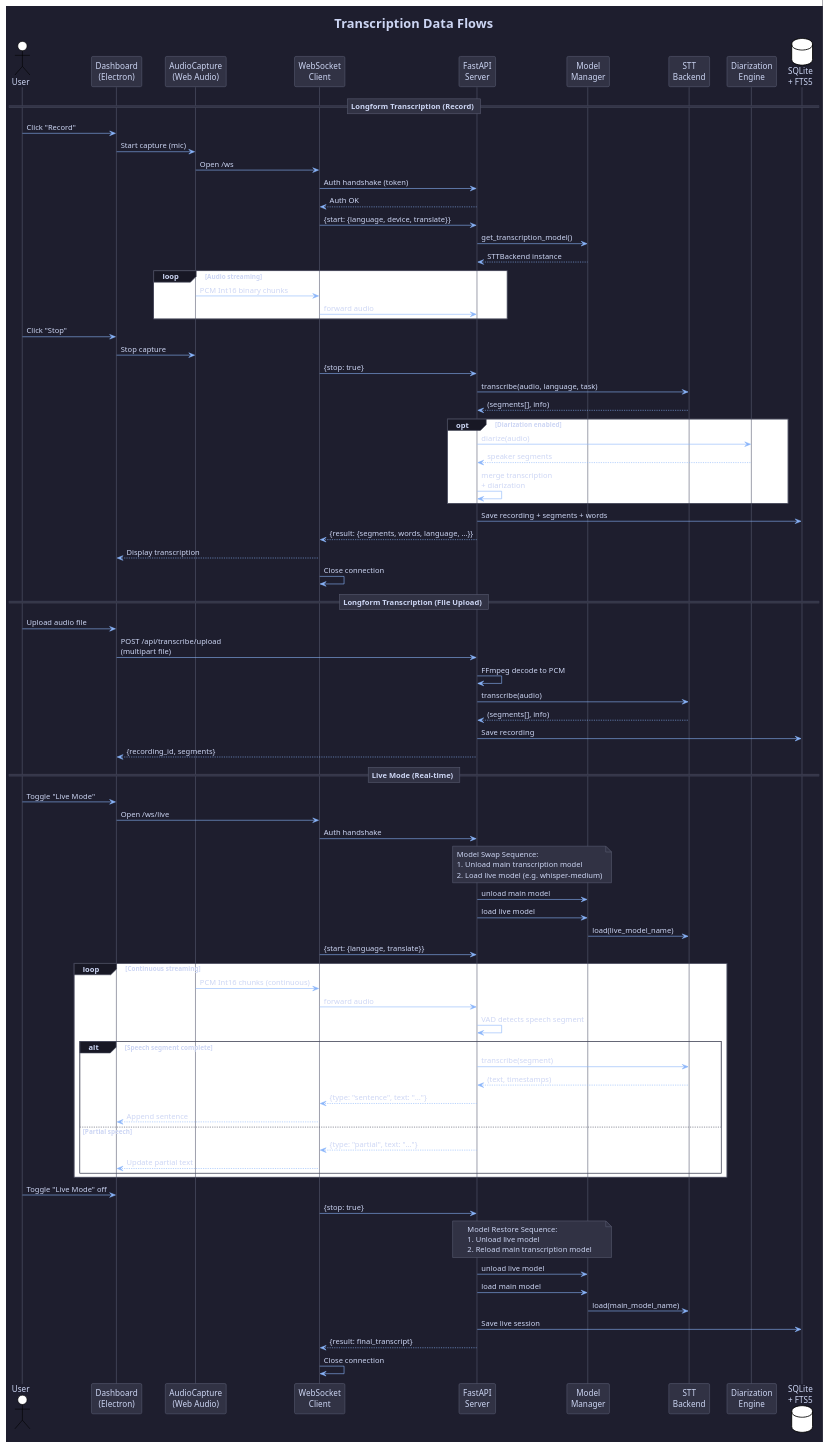
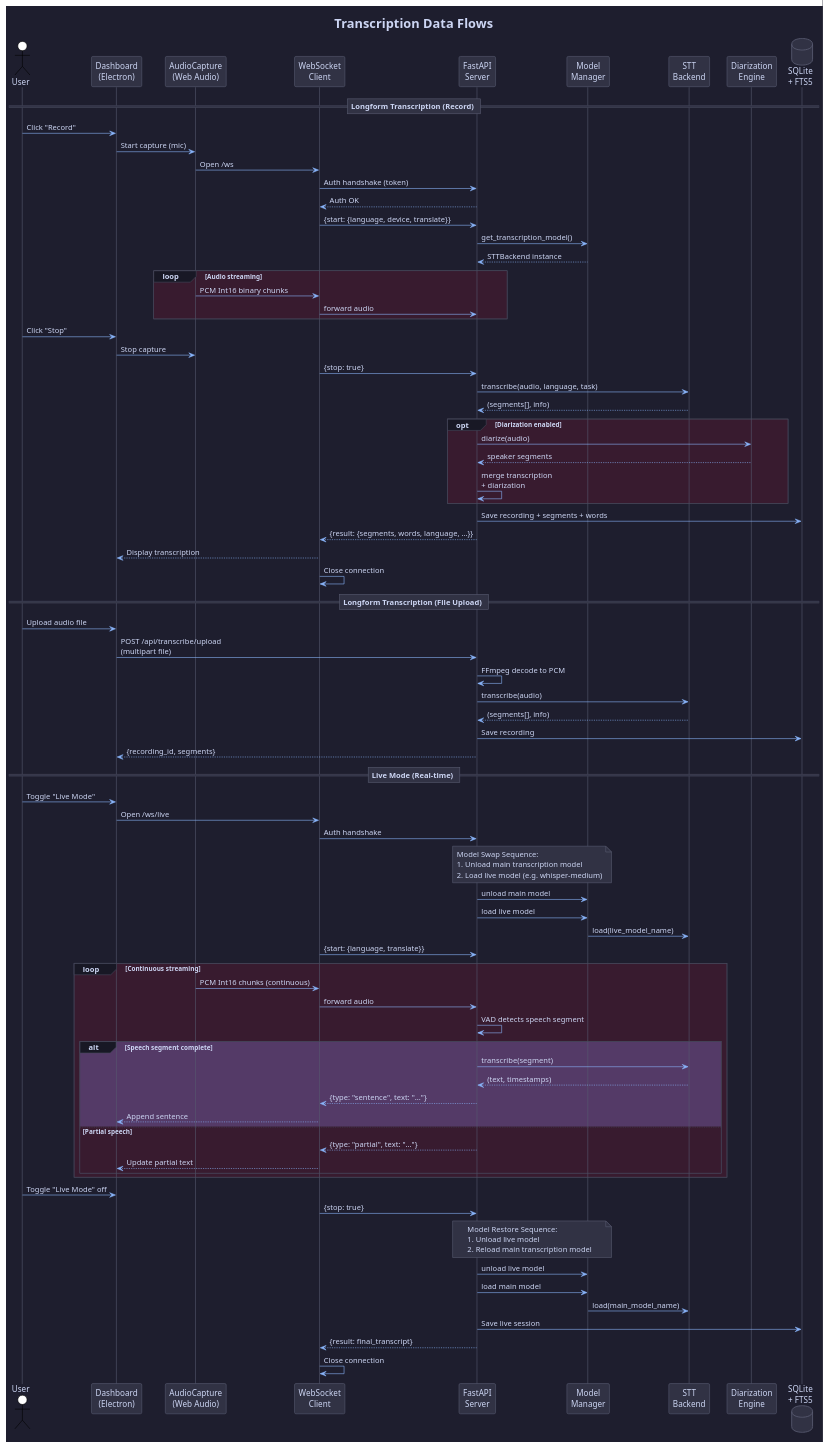
Before and after one commit to homelab-00/TranscriptionSuite: the diagram in docs/architecture/data-flow.puml, drawn with PlantUML. The commit also changed 4 other files, not shown here.

Commit message:
docs: Update PlantUML diagrams with better background colors

```diff
--- a/docs/architecture/data-flow.puml
+++ b/docs/architecture/data-flow.puml
@@ -1,125 +1,130 @@
 @startuml TranscriptionSuite - Transcription Data Flows
 !theme plain
 skinparam backgroundColor #1e1e2e
 skinparam defaultFontColor #cdd6f4
 skinparam sequenceArrowColor #89b4fa
 skinparam sequenceParticipantBackgroundColor #313244
 skinparam sequenceParticipantBorderColor #585b70
 skinparam sequenceLifeLineBorderColor #585b70
 skinparam sequenceGroupBackgroundColor #181825
+skinparam sequenceGroupBodyBackgroundColor #381b2f
 skinparam sequenceGroupBorderColor #45475a
 skinparam sequenceDividerBackgroundColor #313244
 skinparam sequenceDividerBorderColor #585b70
 skinparam noteBackgroundColor #313244
 skinparam noteBorderColor #585b70
+skinparam cloudBackgroundColor #45475a
+skinparam cloudBorderColor #89b4fa
+skinparam databaseBackgroundColor #313244
+skinparam databaseBorderColor #585b70
 
 title Transcription Data Flows
 
 actor User
 participant "Dashboard\n(Electron)" as UI
 participant "AudioCapture\n(Web Audio)" as Audio
 participant "WebSocket\nClient" as WS
 participant "FastAPI\nServer" as Server
 participant "Model\nManager" as MM
 participant "STT\nBackend" as STT
 participant "Diarization\nEngine" as Diar
 database "SQLite\n+ FTS5" as DB
 
 == Longform Transcription (Record) ==
 
 User -> UI : Click "Record"
 UI -> Audio : Start capture (mic)
 Audio -> WS : Open /ws
 WS -> Server : Auth handshake (token)
 Server --> WS : Auth OK
 
 WS -> Server : {start: {language, device, translate}}
 Server -> MM : get_transcription_model()
 MM --> Server : STTBackend instance
 
 loop Audio streaming
   Audio -> WS : PCM Int16 binary chunks
   WS -> Server : forward audio
 end
 
 User -> UI : Click "Stop"
 UI -> Audio : Stop capture
 WS -> Server : {stop: true}
 
 Server -> STT : transcribe(audio, language, task)
 STT --> Server : (segments[], info)
 
 opt Diarization enabled
   Server -> Diar : diarize(audio)
   Diar --> Server : speaker segments
   Server -> Server : merge transcription\n+ diarization
 end
 
 Server -> DB : Save recording + segments + words
 Server --> WS : {result: {segments, words, language, ...}}
 WS --> UI : Display transcription
 WS -> WS : Close connection
 
 == Longform Transcription (File Upload) ==
 
 User -> UI : Upload audio file
 UI -> Server : POST /api/transcribe/upload\n(multipart file)
 Server -> Server : FFmpeg decode to PCM
 Server -> STT : transcribe(audio)
 STT --> Server : (segments[], info)
 Server -> DB : Save recording
 Server --> UI : {recording_id, segments}
 
 == Live Mode (Real-time) ==
 
 User -> UI : Toggle "Live Mode"
 UI -> WS : Open /ws/live
 WS -> Server : Auth handshake
 
 note over Server, MM
   Model Swap Sequence:
   1. Unload main transcription model
   2. Load live model (e.g. whisper-medium)
 end note
 
 Server -> MM : unload main model
 Server -> MM : load live model
 MM -> STT : load(live_model_name)
 
 WS -> Server : {start: {language, translate}}
 
 loop Continuous streaming
   Audio -> WS : PCM Int16 chunks (continuous)
   WS -> Server : forward audio
 
   Server -> Server : VAD detects speech segment
 
-  alt Speech segment complete
+  alt #543a67 Speech segment complete
     Server -> STT : transcribe(segment)
     STT --> Server : (text, timestamps)
     Server --> WS : {type: "sentence", text: "..."}
     WS --> UI : Append sentence
   else Partial speech
     Server --> WS : {type: "partial", text: "..."}
     WS --> UI : Update partial text
   end
 end
 
 User -> UI : Toggle "Live Mode" off
 WS -> Server : {stop: true}
 
 note over Server, MM
   Model Restore Sequence:
   1. Unload live model
   2. Reload main transcription model
 end note
 
 Server -> MM : unload live model
 Server -> MM : load main model
 MM -> STT : load(main_model_name)
 
 Server -> DB : Save live session
 Server --> WS : {result: final_transcript}
 WS -> WS : Close connection
 
 @enduml
```
